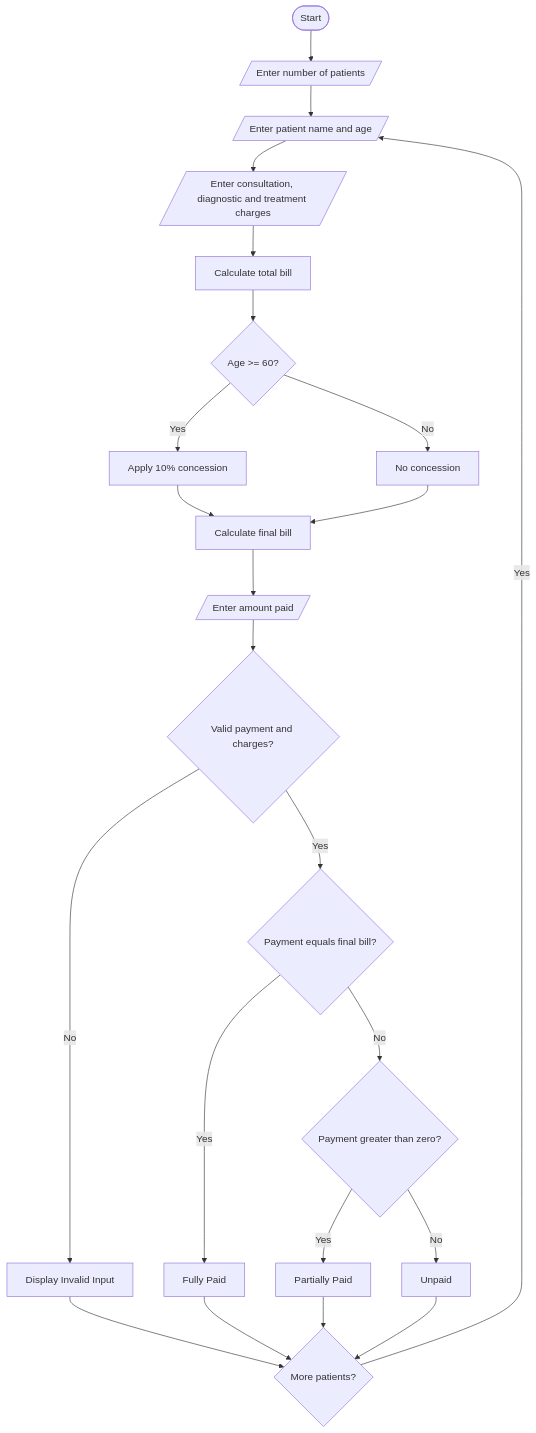
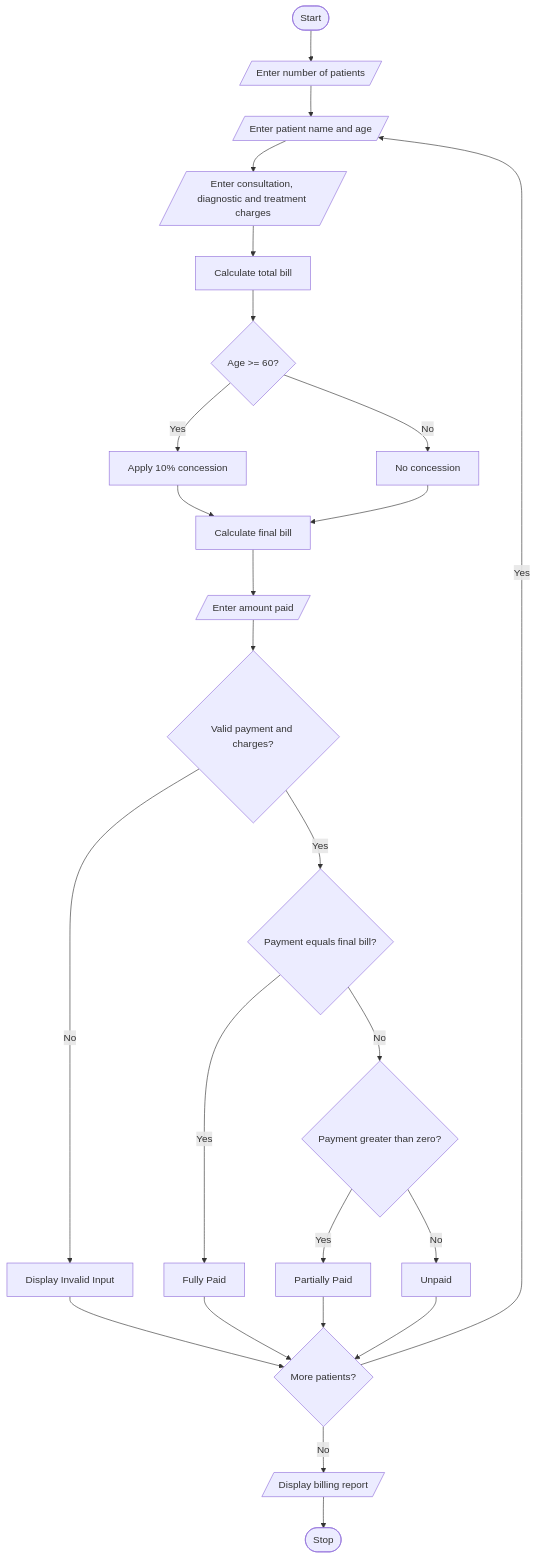
One commit to Nimmakurilokesh/Python_Activity_Based_Learning changed the diagram in Task 1/Task 2/Task 3/Task 3.md. Above: the diagram before and after it, drawn with Mermaid.

Commit message:
Task 3.md

````diff
--- a/Task 1/Task 2/Task 3/Task 3.md
+++ b/Task 1/Task 2/Task 3/Task 3.md
@@ -21,25 +21,28 @@
 ```mermaid
+
 flowchart TD
     A([Start]) --> B[/Enter number of patients/]
     B --> C[/Enter patient name and age/]
     C --> D[/Enter consultation, diagnostic and treatment charges/]
     D --> E[Calculate total bill]
     E --> F{Age >= 60?}
     F -- Yes --> G[Apply 10% concession]
     F -- No --> H[No concession]
     G --> I[Calculate final bill]
     H --> I
     I --> J[/Enter amount paid/]
     J --> K{Valid payment and charges?}
     K -- No --> L[Display Invalid Input]
     K -- Yes --> M{Payment equals final bill?}
     M -- Yes --> N[Fully Paid]
     M -- No --> O{Payment greater than zero?}
     O -- Yes --> P[Partially Paid]
     O -- No --> Q[Unpaid]
     L --> R{More patients?}
     N --> R
     P --> R
     Q --> R
     R -- Yes --> C
+    R -- No --> S[/Display billing report/]
+    S --> T([Stop])
 ```
````
